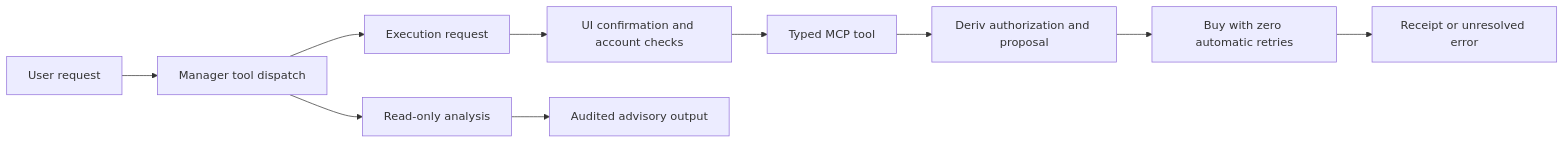
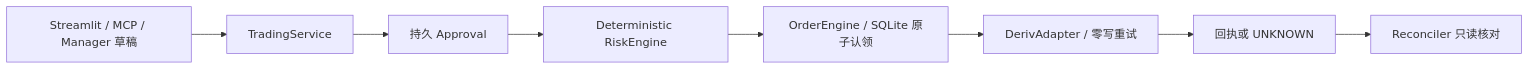
Before and after one commit to wangkeyu-u/deriv-smart-trading-gateway: the diagram in README.md, drawn with Mermaid. The commit also changed other lines of this file and 55 other files, not shown here.

Commit message:
Build durable trading execution core with approval, risk and recovery

````diff
--- a/README.md
+++ b/README.md
@@ -19,12 +17,10 @@
 ```mermaid
 flowchart LR
-  A[User request] --> B[Manager tool dispatch]
-  B --> C[Read-only analysis]
-  B --> D[Execution request]
-  D --> E[UI confirmation and account checks]
-  E --> F[Typed MCP tool]
-  F --> G[Deriv authorization and proposal]
-  G --> H[Buy with zero automatic retries]
-  H --> I[Receipt or unresolved error]
-  C --> J[Audited advisory output]
+    U[Streamlit / MCP / Manager 草稿] --> T[TradingService]
+    T --> A[持久 Approval]
+    A --> R[Deterministic RiskEngine]
+    R --> O[OrderEngine / SQLite 原子认领]
+    O --> D[DerivAdapter / 零写重试]
+    D --> C[回执或 UNKNOWN]
+    C --> X[Reconciler 只读核对]
 ```
````
